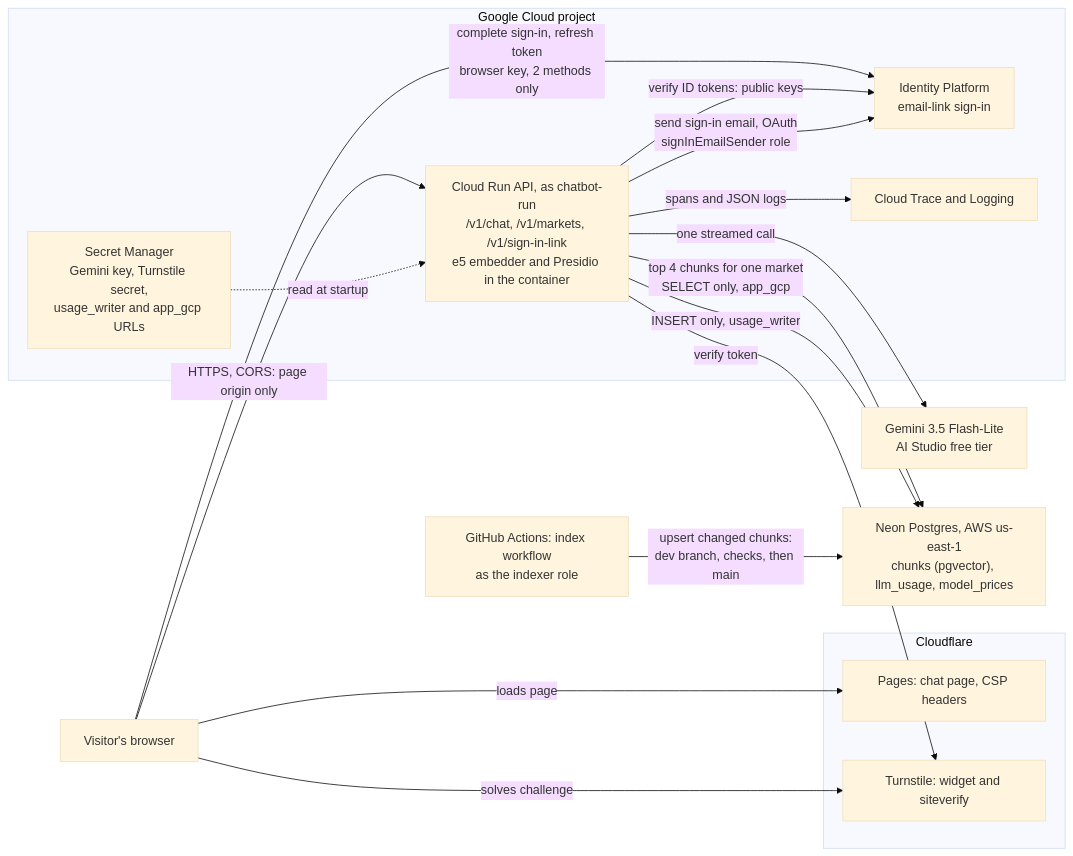
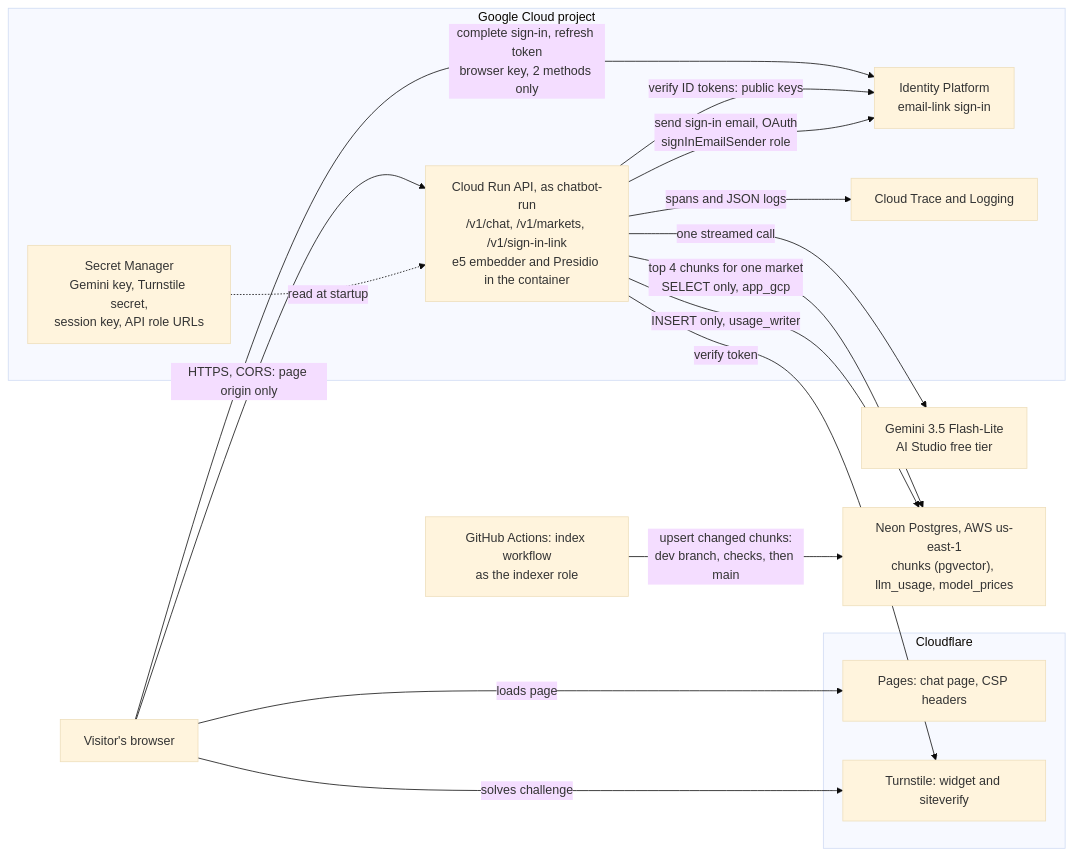
The second of 7 diagrams in docs/design.md (ramirez-ai-labs/spanish-support-chatbot), drawn with Mermaid (base theme) before and after one commit. The commit also changed other lines of this file and 4 other files, not shown here.

````diff
--- a/docs/design.md
+++ b/docs/design.md
@@ -90,34 +90,34 @@
 ```mermaid
 flowchart LR
     visitor["Visitor's browser"]
 
     subgraph cf["Cloudflare"]
         pages["Pages: chat page, CSP headers"]
         turnstile["Turnstile: widget and siteverify"]
     end
 
     subgraph gcp["Google Cloud project"]
         run["Cloud Run API, as chatbot-run<br/>/v1/chat, /v1/markets, /v1/sign-in-link<br/>e5 embedder and Presidio in the container"]
         idp["Identity Platform<br/>email-link sign-in"]
-        secrets["Secret Manager<br/>Gemini key, Turnstile secret,<br/>usage_writer and app_gcp URLs"]
+        secrets["Secret Manager<br/>Gemini key, Turnstile secret,<br/>session key, API role URLs"]
         obs["Cloud Trace and Logging"]
     end
 
     gh["GitHub Actions: index workflow<br/>as the indexer role"]
     gemini["Gemini 3.5 Flash-Lite<br/>AI Studio free tier"]
     neon["Neon Postgres, AWS us-east-1<br/>chunks (pgvector), llm_usage, model_prices"]
 
     gh -- "upsert changed chunks:<br/>dev branch, checks, then main" --> neon
     run -- "top 4 chunks for one market<br/>SELECT only, app_gcp" --> neon
     visitor -- "loads page" --> pages
     visitor -- "solves challenge" --> turnstile
     visitor -- "HTTPS, CORS: page origin only" --> run
     visitor -- "complete sign-in, refresh token<br/>browser key, 2 methods only" --> idp
     run -- "verify token" --> turnstile
     run -- "verify ID tokens: public keys" --> idp
     run -- "send sign-in email, OAuth<br/>signInEmailSender role" --> idp
     run -- "one streamed call" --> gemini
     run -- "INSERT only, usage_writer" --> neon
     run -- "spans and JSON logs" --> obs
     secrets -. "read at startup" .-> run
 ```
````
